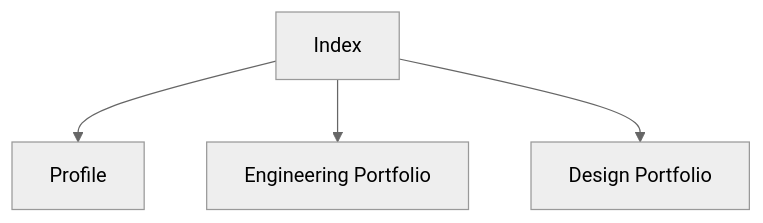
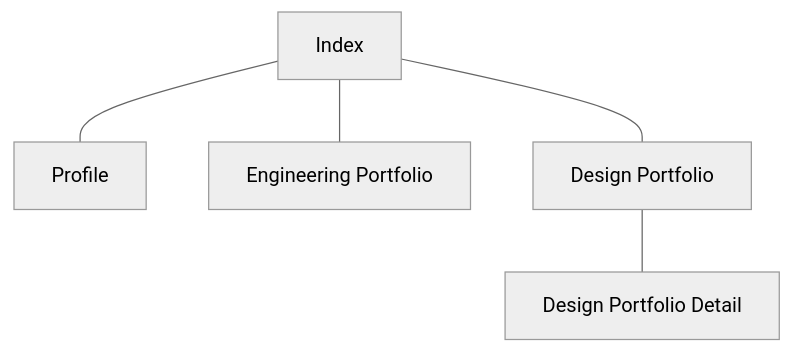
One commit to Oxmilch/portfolio changed the diagram in README.md. Above: the diagram before and after it, drawn with Mermaid (neutral theme). The commit also changed other lines of this file and 3 other files, not shown here.

````diff
--- a/README.md
+++ b/README.md
@@ -33,6 +39,8 @@
 ```mermaid
 graph TD
-    A[Index] --> B[Profile]
-    A --> C[Engineering Portfolio]
-    A --> D[Design Portfolio]
+    A[Index] --- B[Profile]
+    A --- C[Engineering Portfolio]
+    A --- D[Design Portfolio]
+
+    D --- E[Design Portfolio Detail]
 ```
````
